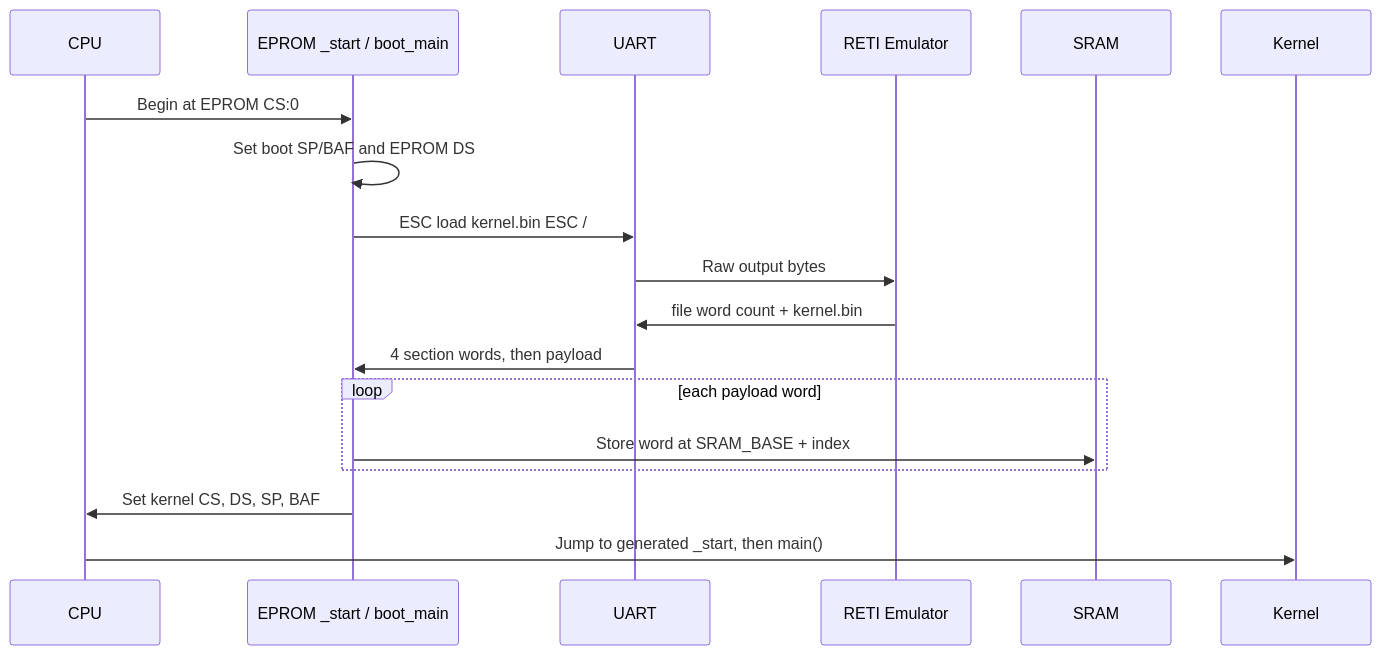
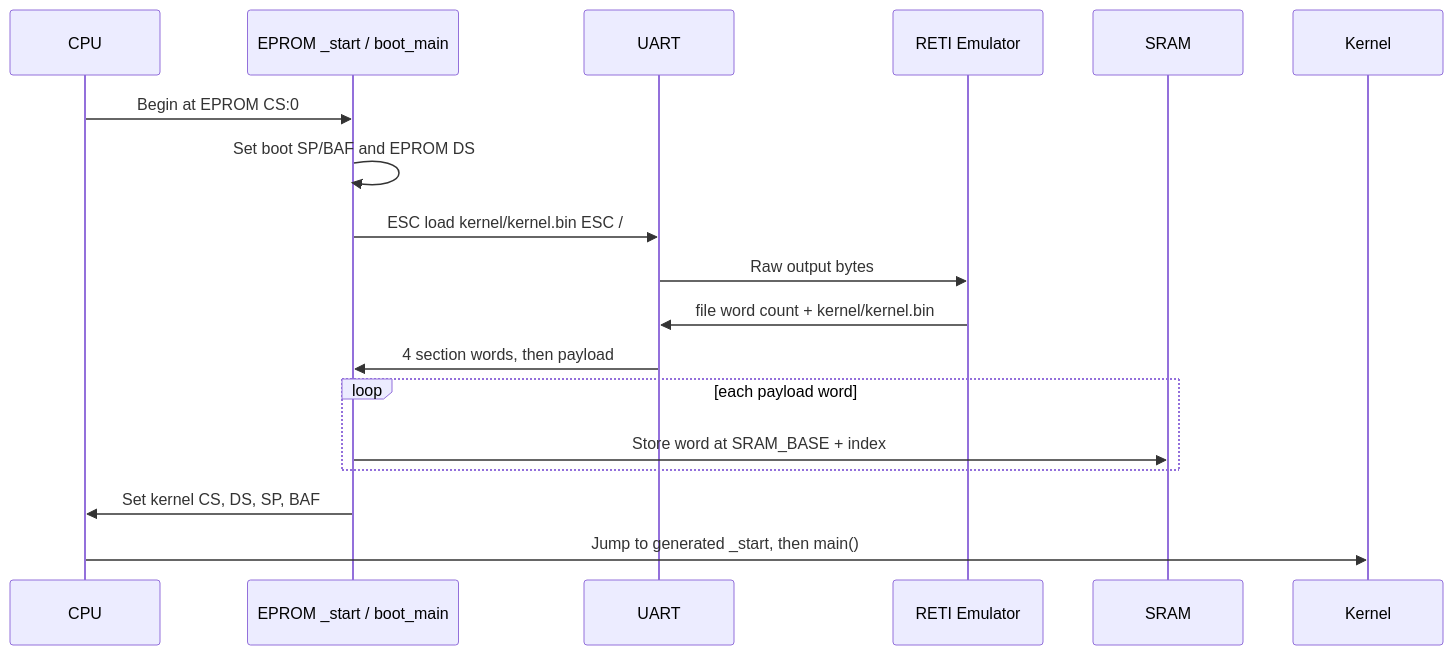
One commit to matthejue/Pico-OS changed the second of 15 diagrams in README.md. Above: the diagram before and after it, drawn with Mermaid. The commit also changed other lines of this file and 293 other files, not shown here.

````diff
--- a/README.md
+++ b/README.md
@@ -108,21 +108,21 @@
 ```mermaid
 sequenceDiagram
     participant CPU
     participant EPROM as EPROM _start / boot_main
     participant UART
     participant Emu as RETI Emulator
     participant SRAM
     participant Kernel
 
     CPU->>EPROM: Begin at EPROM CS:0
     EPROM->>EPROM: Set boot SP/BAF and EPROM DS
-    EPROM->>UART: ESC load kernel.bin ESC /
+    EPROM->>UART: ESC load kernel/kernel.bin ESC /
     UART->>Emu: Raw output bytes
-    Emu->>UART: file word count + kernel.bin
+    Emu->>UART: file word count + kernel/kernel.bin
     UART->>EPROM: 4 section words, then payload
     loop each payload word
         EPROM->>SRAM: Store word at SRAM_BASE + index
     end
     EPROM->>CPU: Set kernel CS, DS, SP, BAF
     CPU->>Kernel: Jump to generated _start, then main()
 ```
````
